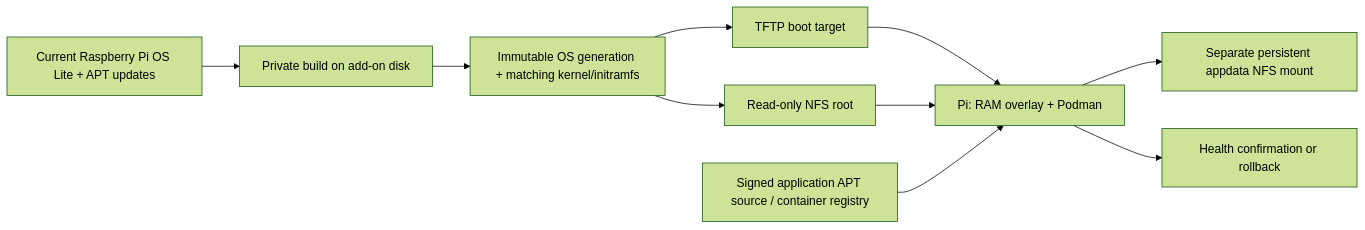
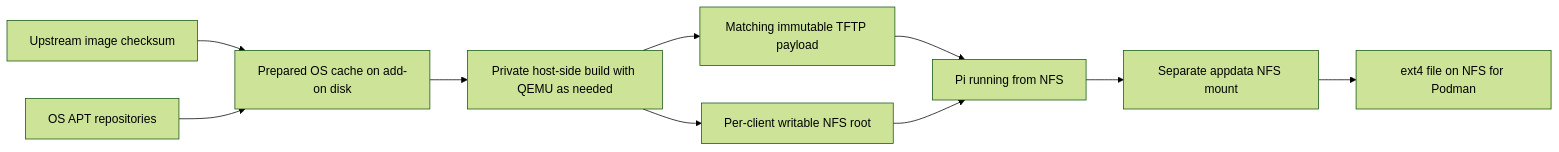
Before and after one commit to clammet/ha-pxe-fleet: the diagram in README.md, drawn with Mermaid (forest theme). The commit also changed other lines of this file and 21 other files, not shown here.

First line of the commit message:
Remove RAM only. Enable persistent NFS root

````diff
--- a/README.md
+++ b/README.md
@@ -16,12 +23,12 @@
 ```mermaid
 flowchart LR
-    Upstream[Current Raspberry Pi OS Lite + APT updates] --> Build[Private build on add-on disk]
-    Build --> Generation[Immutable OS generation + matching kernel/initramfs]
-    Generation --> Boot[TFTP boot target]
-    Generation --> Root[Read-only NFS root]
-    Boot --> Pi[Pi: RAM overlay + Podman]
+    Upstream[Upstream image checksum] --> Cache[Prepared OS cache on add-on disk]
+    Apt[OS APT repositories] --> Cache
+    Cache --> Build[Private host-side build with QEMU as needed]
+    Build --> Boot[Matching immutable TFTP payload]
+    Build --> Root[Per-client writable NFS root]
+    Boot --> Pi[Pi running from NFS]
     Root --> Pi
-    Repo[Signed application APT source / container registry] --> Pi
-    Pi --> Data[Separate persistent appdata NFS mount]
-    Pi --> Health[Health confirmation or rollback]
+    Pi --> Data[Separate appdata NFS mount]
+    Data --> Disk[ext4 file on NFS for Podman]
 ```
````
